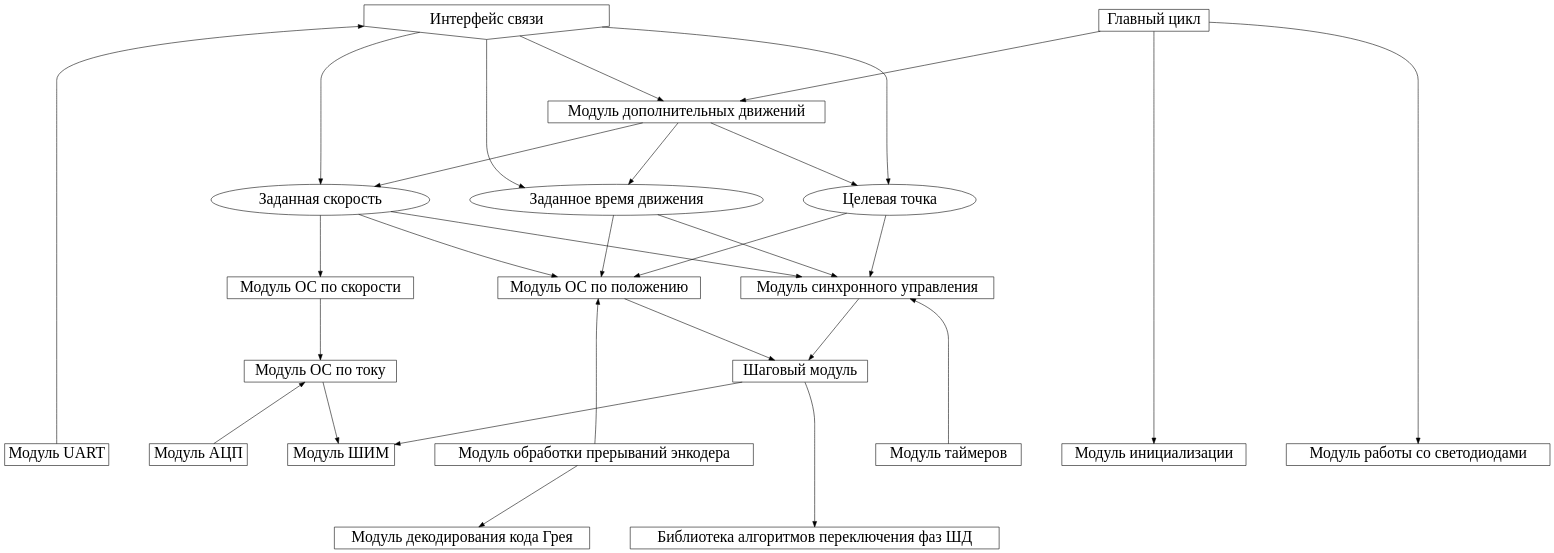
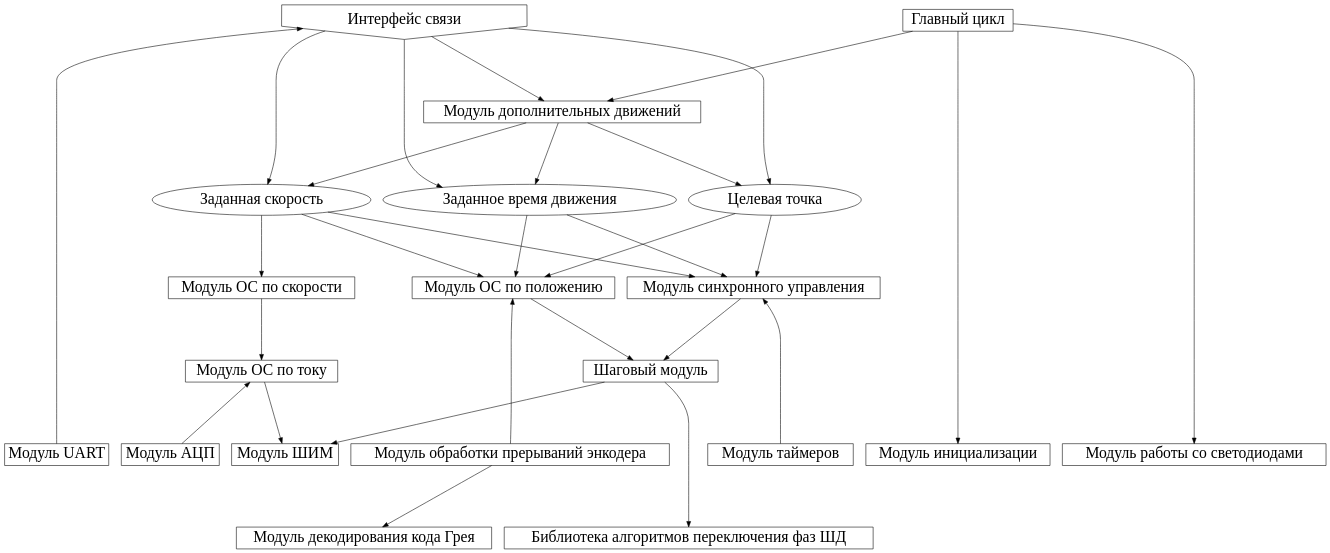
Before and after one commit to TheGreenBox/sattelite_step_drive: the diagram in docs/src/graph/soft_arch.dot, drawn with Graphviz. The commit also changed 3 other files, not shown here.

```diff
--- a/docs/src/graph/soft_arch.dot
+++ b/docs/src/graph/soft_arch.dot
@@ -1,87 +1,87 @@
 digraph sat_step_ach {
     start="random";
-    nodesep=1;
+    nodesep=0.3;
     bgcolor="transparent";
     node[shape=record, fontname="ISOCPEUR Italic", fontsize=28];
     edge[minlen=3];
 
     connection[shape=invhouse, label="Интерфейс связи"];
     {
         rank=same;
         moving_time[shape=ellipse, label="Заданное время движения"];
         speed[shape=ellipse, label="Заданная скорость"];
         goal_coord[shape=ellipse, label="Целевая точка"];
     }
 
     elementary_motions  [shape=box, label="Модуль дополнительных движений"];
     main                [shape=box, label="Главный цикл"];
 
     {
         rank=same;
         synchronized_control[shape=box, label="Модуль синхронного управления"];
         feedback_control    [shape=box, label="Модуль ОС по положению"];
         speed_feedback      [shape=box, label="Модуль ОС по скорости"];
     }
 
     {
         rank=same;
         current_feedback    [shape=box, label="Модуль ОС по току"];
         control_algo        [shape=box, label="Шаговый модуль"];
     }
 
     {
         // hardware level
         rank=same;
         timers              [shape=box, label="Модуль таймеров"];
         pwm_wrap_module     [shape=box, label="Модуль ШИМ"];
         init                [shape=box, label="Модуль инициализации"];
         adc                 [shape=box, label="Модуль АЦП"];
         led_control         [shape=box, label="Модуль работы со светодиодами"];
         uart                [shape=box, label="Модуль UART"];
         sensors_encoder     [shape=box, label="Модуль обработки прерываний энкодера"];
     }
     {
         rank=same;
         sensors_gray_code_decoder[shape=box, label="Модуль декодирования кода Грея"];
         algo_types          [shape=box, label="Библиотека алгоритмов переключения фаз ШД"];
     }
 
     main -> init;
     main -> led_control;
     main -> elementary_motions;
 
     uart -> connection;
     connection -> moving_time;
     connection -> speed;
     connection -> goal_coord;
     connection -> elementary_motions;
 
     speed       -> synchronized_control;
     goal_coord  -> synchronized_control;
     moving_time -> synchronized_control;
 
     speed       -> feedback_control;
     goal_coord  -> feedback_control;
     moving_time -> feedback_control;
 
     speed  -> speed_feedback;
 
     synchronized_control -> control_algo;
     feedback_control     -> control_algo;
 
     control_algo -> pwm_wrap_module;
     control_algo -> algo_types;
 
     timers -> synchronized_control;
     sensors_encoder -> feedback_control;
 
     elementary_motions -> moving_time;
     elementary_motions -> speed;
     elementary_motions -> goal_coord;
 
     speed_feedback -> current_feedback;
     adc ->  current_feedback;
     current_feedback -> pwm_wrap_module;
 
     sensors_encoder -> sensors_gray_code_decoder;
 }
```
